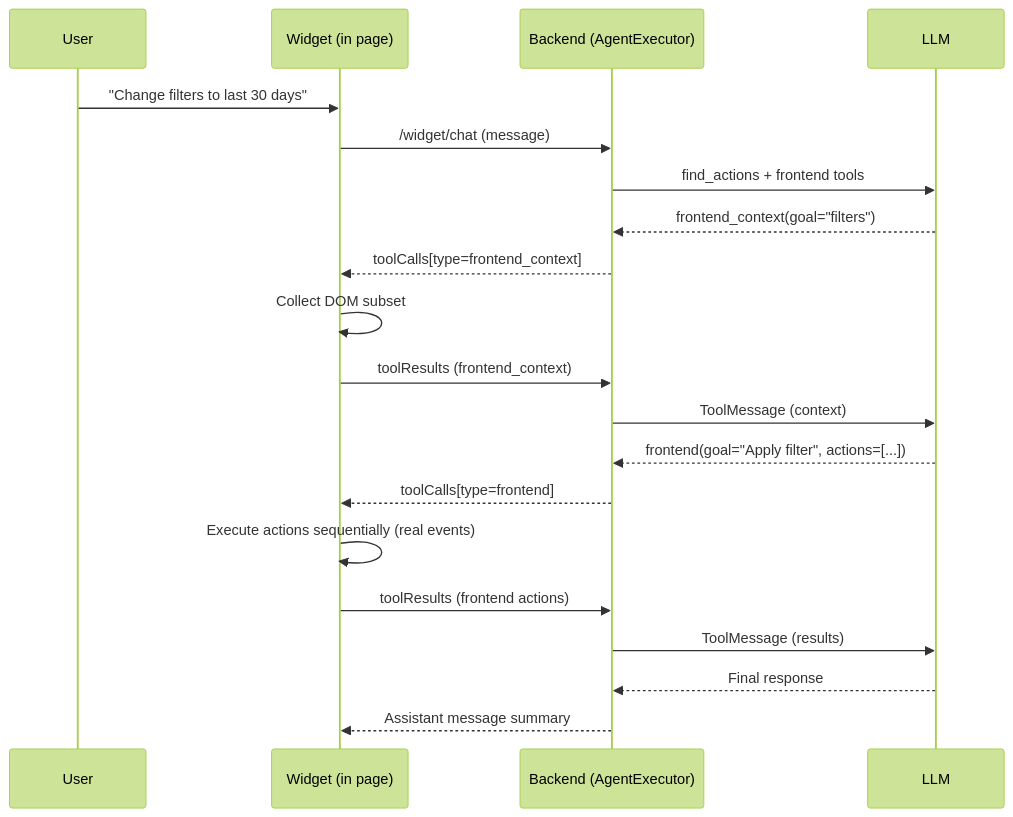
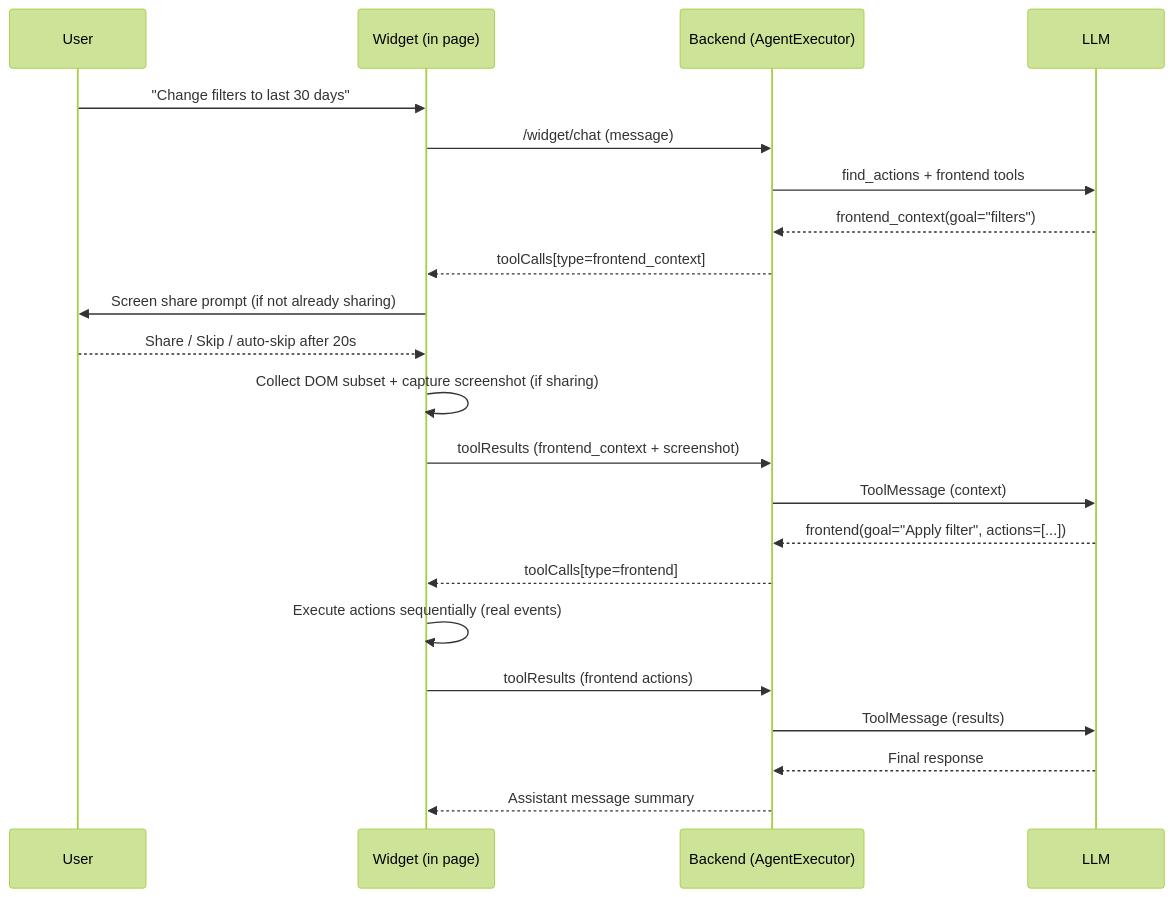
The first of 2 diagrams in docs/frontend-agent.md (mostafasudo/warpy), drawn with Mermaid (forest theme) before and after one commit. The commit also changed other lines of this file, not shown here.

Commit message:
feat: Revise frontend agent documentation to clarify capabilities, enhance user experience with tab screenshot capture, and detail new UI feedback mechanisms

````diff
--- a/docs/frontend-agent.md
+++ b/docs/frontend-agent.md
@@ -24,23 +22,25 @@
 ```mermaid
 sequenceDiagram
   participant U as User
   participant W as Widget (in page)
   participant B as Backend (AgentExecutor)
   participant L as LLM
 
   U->>W: "Change filters to last 30 days"
   W->>B: /widget/chat (message)
   B->>L: find_actions + frontend tools
   L-->>B: frontend_context(goal="filters")
   B-->>W: toolCalls[type=frontend_context]
-  W->>W: Collect DOM subset
-  W->>B: toolResults (frontend_context)
+  W->>U: Screen share prompt (if not already sharing)
+  U-->>W: Share / Skip / auto-skip after 20s
+  W->>W: Collect DOM subset + capture screenshot (if sharing)
+  W->>B: toolResults (frontend_context + screenshot)
   B->>L: ToolMessage (context)
   L-->>B: frontend(goal="Apply filter", actions=[...])
   B-->>W: toolCalls[type=frontend]
   W->>W: Execute actions sequentially (real events)
   W->>B: toolResults (frontend actions)
   B->>L: ToolMessage (results)
   L-->>B: Final response
   B-->>W: Assistant message summary
 ```
````
